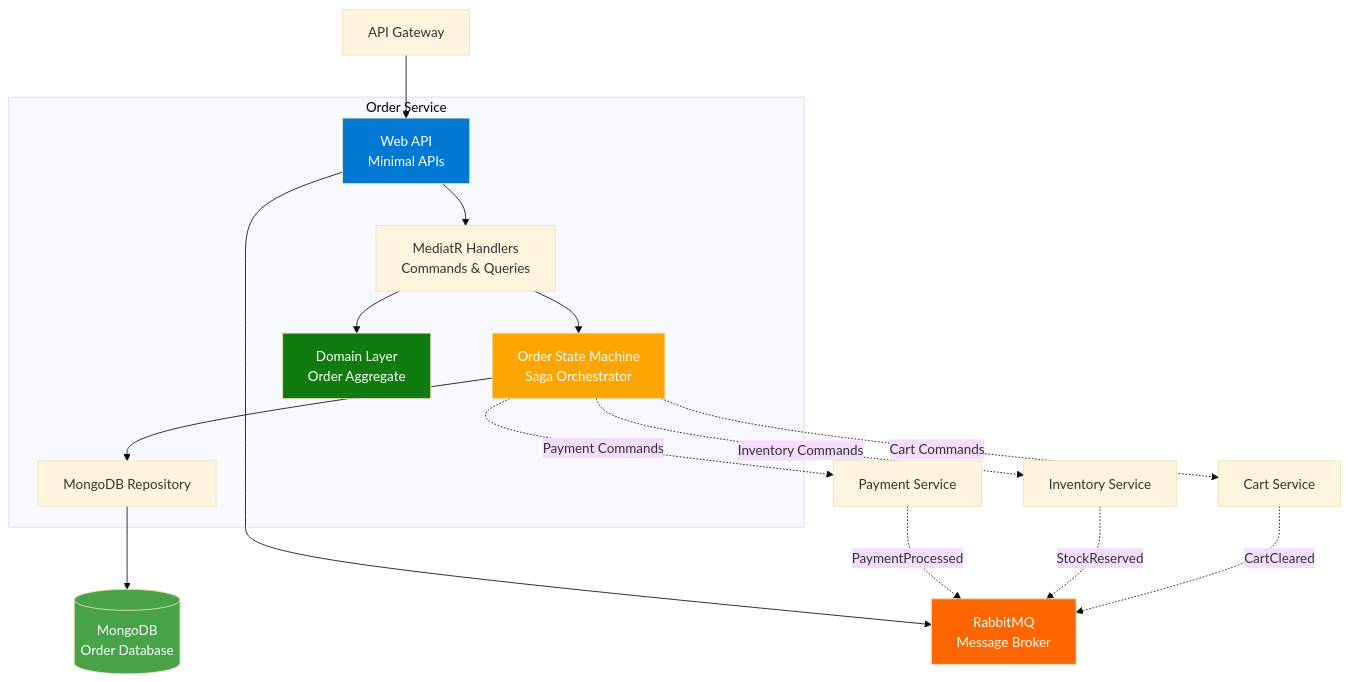
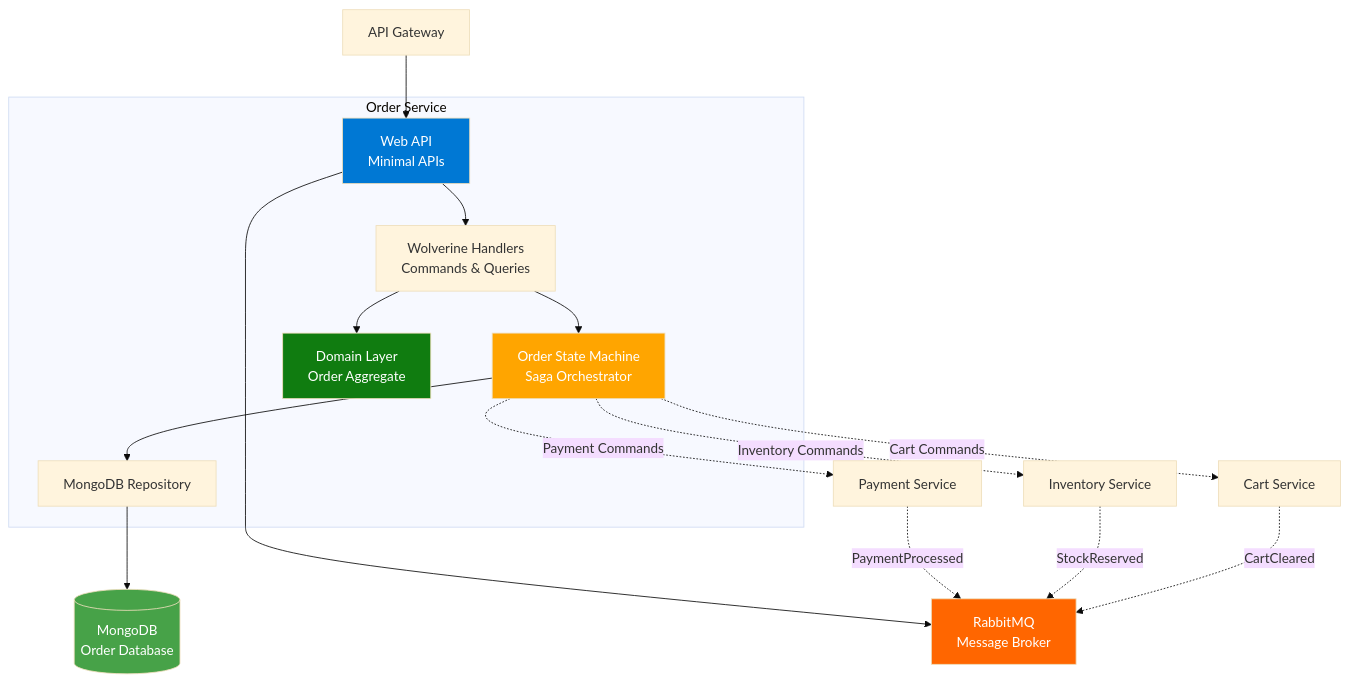
Before and after one commit to joriente/microservices: the first of 5 diagrams in docs/Services/OrderService.md, drawn with Mermaid (base theme). The commit also changed other lines of this file and 87 other files, not shown here.

````diff
--- a/docs/Services/OrderService.md
+++ b/docs/Services/OrderService.md
@@ -11,33 +11,33 @@
 ```mermaid
 graph TB
     subgraph "Order Service"
         API[Web API<br/>Minimal APIs]
-        Handlers[MediatR Handlers<br/>Commands & Queries]
+        Handlers[Wolverine Handlers<br/>Commands & Queries]
         Saga[Order State Machine<br/>Saga Orchestrator]
         Domain[Domain Layer<br/>Order Aggregate]
         Repository[MongoDB Repository]
         
         API --> Handlers
         Handlers --> Domain
         Handlers --> Saga
         Saga --> Repository
     end
     
     API --> RabbitMQ[RabbitMQ<br/>Message Broker]
     Repository --> MongoDB[(MongoDB<br/>Order Database)]
     
     Gateway[API Gateway] --> API
     Saga -.->|Payment Commands| PaymentService[Payment Service]
     Saga -.->|Inventory Commands| InventoryService[Inventory Service]
     Saga -.->|Cart Commands| CartService[Cart Service]
     
     PaymentService -.->|PaymentProcessed| RabbitMQ
     InventoryService -.->|StockReserved| RabbitMQ
     CartService -.->|CartCleared| RabbitMQ
     
     style API fill:#0078d4,color:#fff
     style Saga fill:#FFA500,color:#fff
     style Domain fill:#107c10,color:#fff
     style MongoDB fill:#47A248,color:#fff
     style RabbitMQ fill:#FF6600,color:#fff
 ```
````
